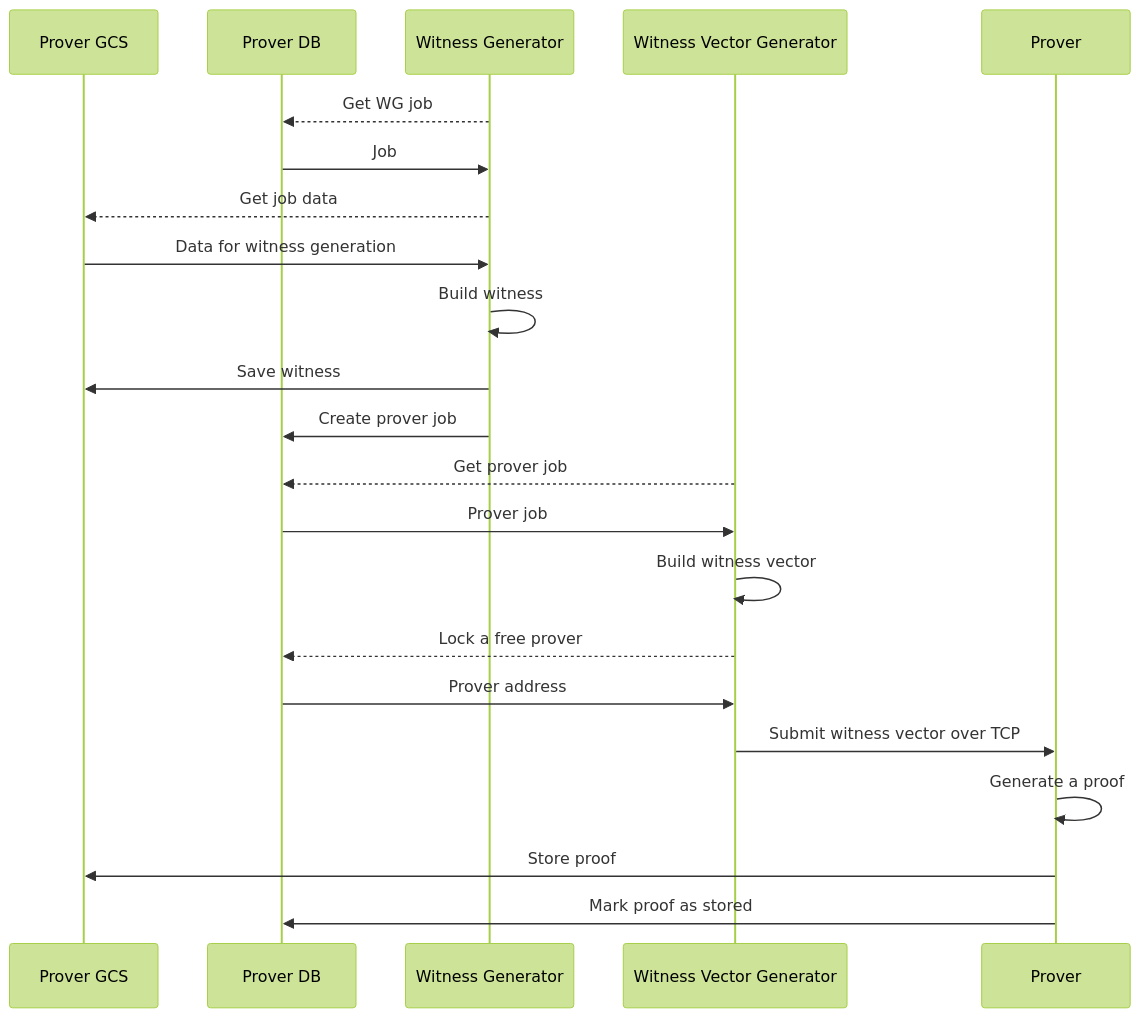
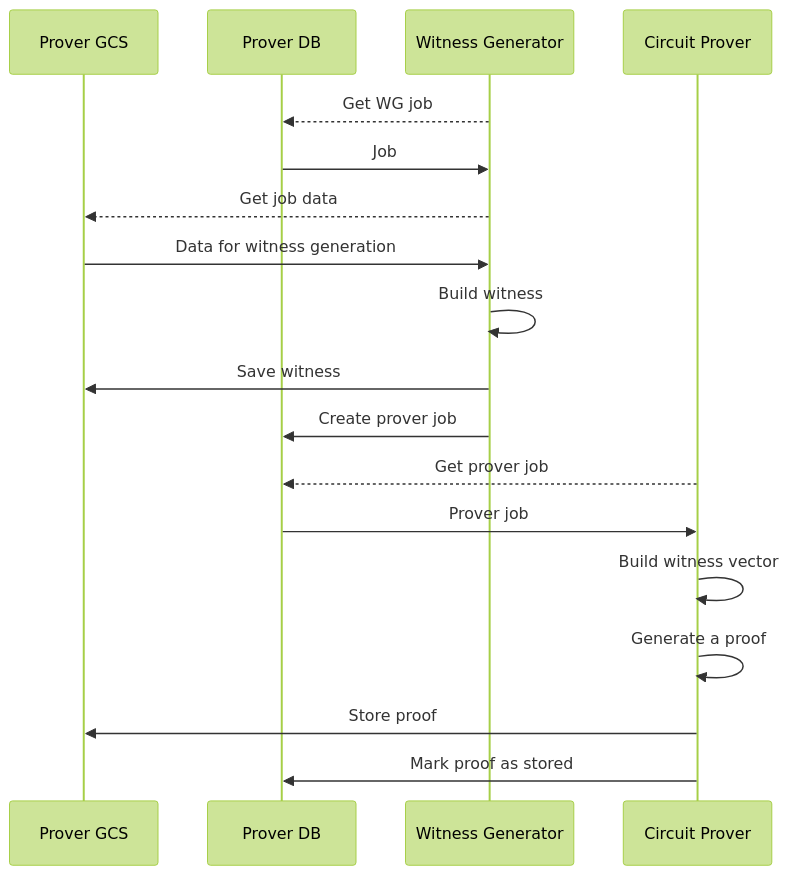
The fourth of 4 diagrams in prover/docs/src/04_flow.md (matter-labs/zksync-era), drawn with Mermaid (forest theme) before and after one commit. The commit also changed other lines of this file and 5 other files, not shown here.

````diff
--- a/prover/docs/src/04_flow.md
+++ b/prover/docs/src/04_flow.md
@@ -135,24 +135,20 @@
 ```mermaid
 sequenceDiagram
 participant Ob as Prover GCS
 participant DB as Prover DB
 participant WG as Witness Generator
-participant WVG as Witness Vector Generator
-participant P as Prover
+participant CP as Circuit Prover
 WG-->>DB: Get WG job
 DB->>WG: Job
 WG-->>Ob: Get job data
 Ob->>WG: Data for witness generation
 WG->>WG: Build witness
 WG->>Ob: Save witness
 WG->>DB: Create prover job
-WVG-->>DB: Get prover job
-DB->>WVG: Prover job
-WVG->>WVG: Build witness vector
-WVG-->>DB: Lock a free prover
-DB->>WVG: Prover address
-WVG->>P: Submit witness vector over TCP
-P->>P: Generate a proof
-P->>Ob: Store proof
-P->>DB: Mark proof as stored
+CP-->>DB: Get prover job
+DB->>CP: Prover job
+CP->>CP: Build witness vector
+CP->>CP: Generate a proof
+CP->>Ob: Store proof
+CP->>DB: Mark proof as stored
 ```
````
